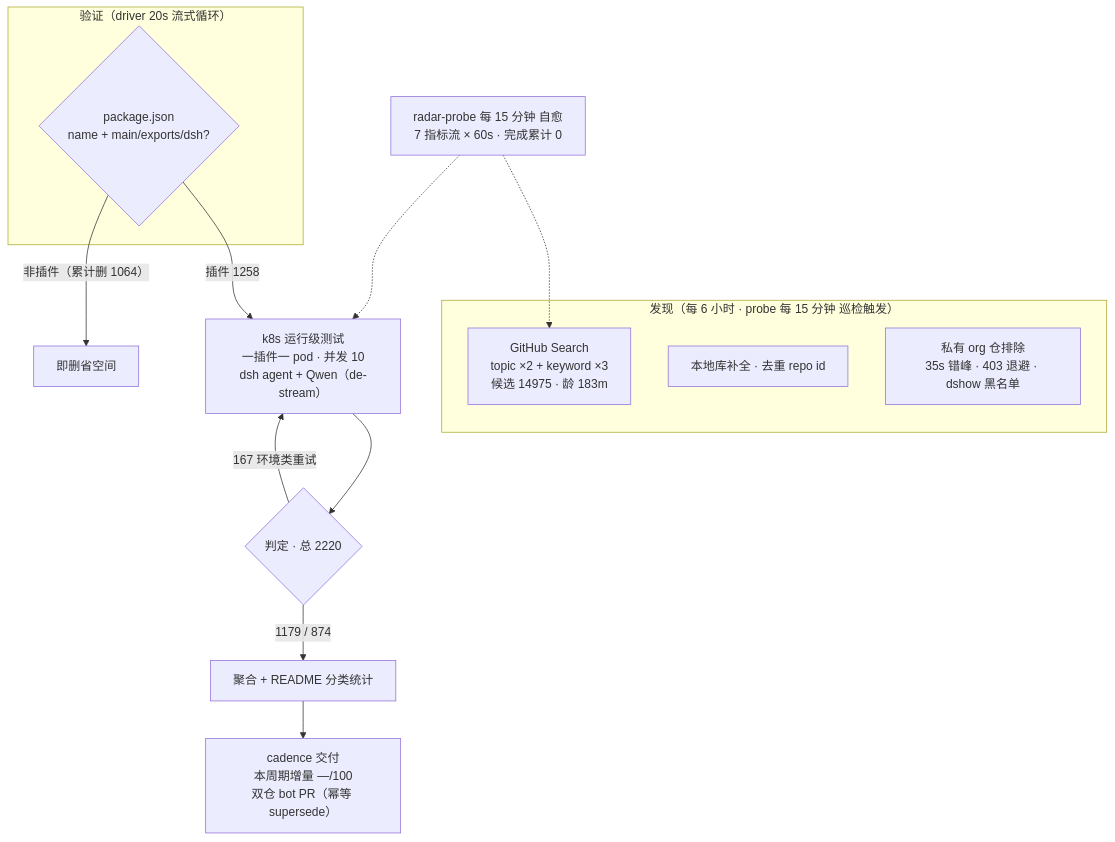
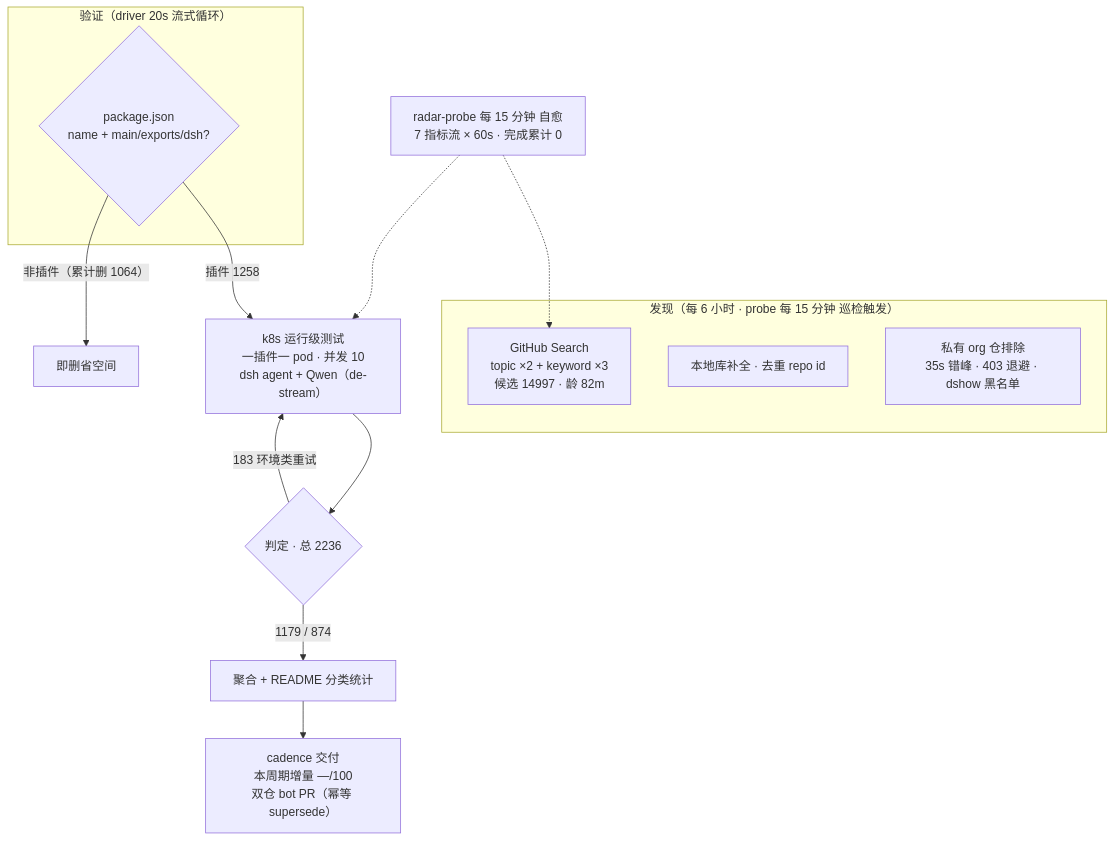
One commit to Zhidao-Lab-OSS/awesome-dsh-plugins changed the diagram in README.md. Above: the diagram before and after it, drawn with Mermaid. The commit also changed other lines of this file and 1 other file, not shown here.

````diff
--- a/README.md
+++ b/README.md
@@ -37,20 +37,20 @@
 ```mermaid
 flowchart TB
     subgraph Discovery["发现（每 6 小时 · probe 每 15 分钟 巡检触发）"]
-        A1["GitHub Search<br/>topic ×2 + keyword ×3<br/>候选 14975 · 龄 183m"]
+        A1["GitHub Search<br/>topic ×2 + keyword ×3<br/>候选 14997 · 龄 82m"]
         A2["本地库补全 · 去重 repo id"]
         A3["私有 org 仓排除<br/>35s 错峰 · 403 退避 · dshow 黑名单"]
     end
     subgraph Validation["验证（driver 20s 流式循环）"]
         B1{"package.json<br/>name + main/exports/dsh?"}
     end
     B1 -->|"插件 1258"| C1["k8s 运行级测试<br/>一插件一 pod · 并发 10<br/>dsh agent + Qwen（de-stream）"]
     B1 -->|"非插件（累计删 1064）"| B3["即删省空间"]
-    C1 --> D1{"判定 · 总 2220"}
+    C1 --> D1{"判定 · 总 2236"}
     D1 -->|"1179 / 874"| E1["聚合 + README 分类统计"]
-    D1 -->|"167 环境类重试"| C1
+    D1 -->|"183 环境类重试"| C1
     E1 --> E2["cadence 交付<br/>本周期增量 —/100<br/>双仓 bot PR（幂等 supersede）"]
     M["radar-probe 每 15 分钟 自愈<br/>7 指标流 × 60s · 完成累计 0"]
     M -.-> A1
     M -.-> C1
 ```
````
